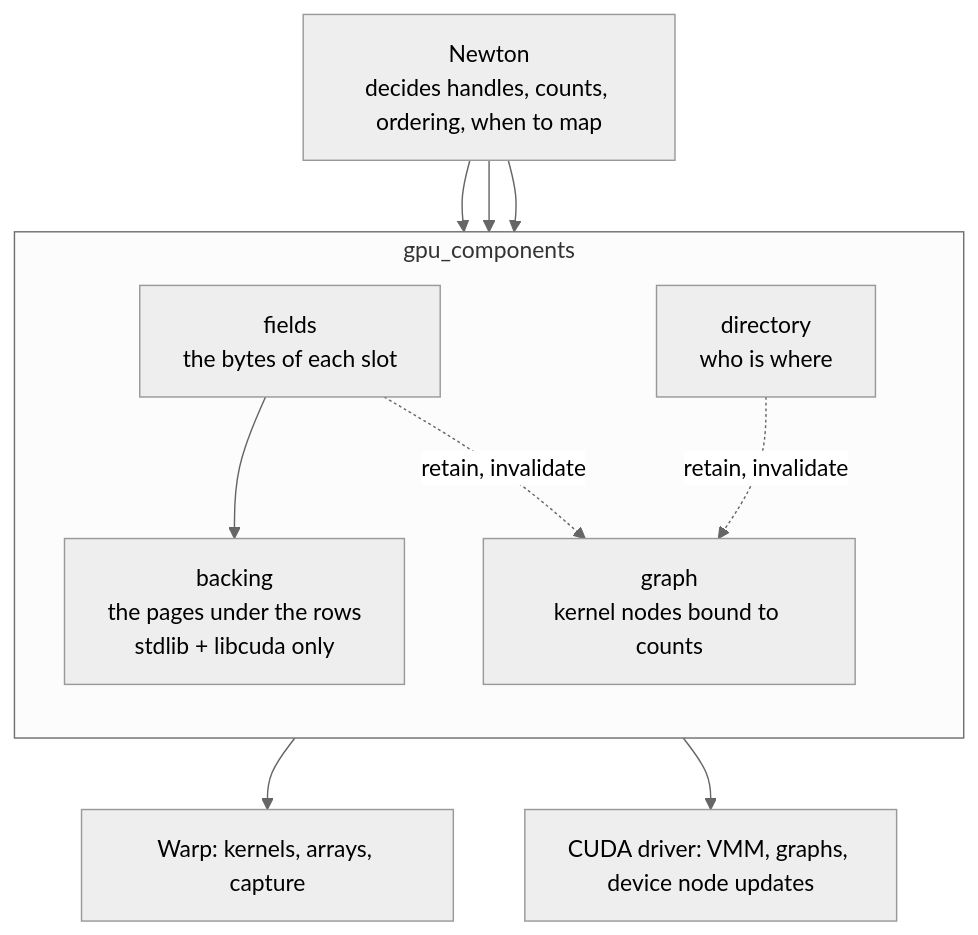
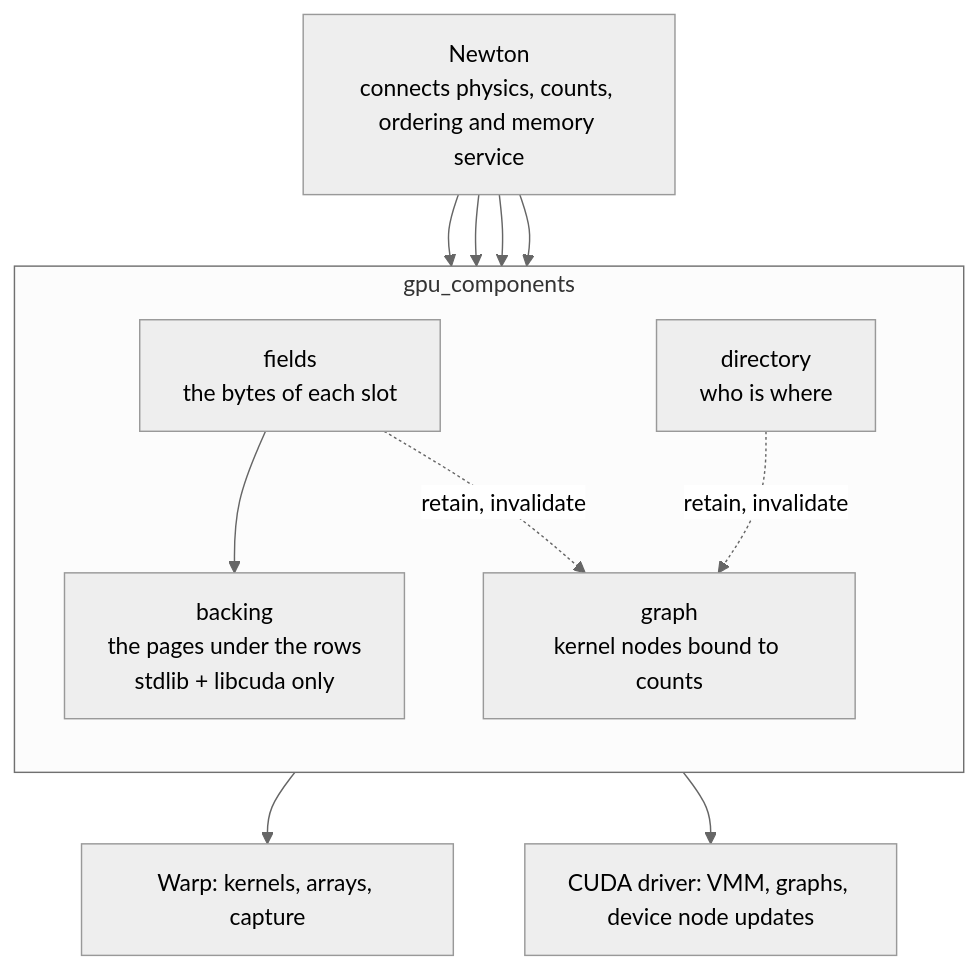
Before and after one commit to ooctipus/gpu-components-docs: the diagram in docs/structure.md, drawn with Mermaid (neutral theme). The commit also changed other lines of this file and 1 other file, not shown here.

````diff
--- a/docs/structure.md
+++ b/docs/structure.md
@@ -28,19 +34,20 @@
 ```mermaid
 flowchart TB
-    Engine["Newton<br/>decides handles, counts, ordering, when to map"]
+    Engine["Newton<br/>connects physics, counts, ordering and memory service"]
     Engine --> directory
     Engine --> fields
     Engine --> graphmod
+    Engine --> backing
     subgraph pkg["gpu_components"]
         direction TB
         directory["directory<br/>who is where"]
         fields["fields<br/>the bytes of each slot"]
         backing["backing<br/>the pages under the rows<br/>stdlib + libcuda only"]
         graphmod["graph<br/>kernel nodes bound to counts"]
         fields --> backing
         fields -.->|retain, invalidate| graphmod
         directory -.->|retain, invalidate| graphmod
     end
     pkg --> Warp["Warp: kernels, arrays, capture"]
     pkg --> CUDA["CUDA driver: VMM, graphs, device node updates"]
 ```
````
